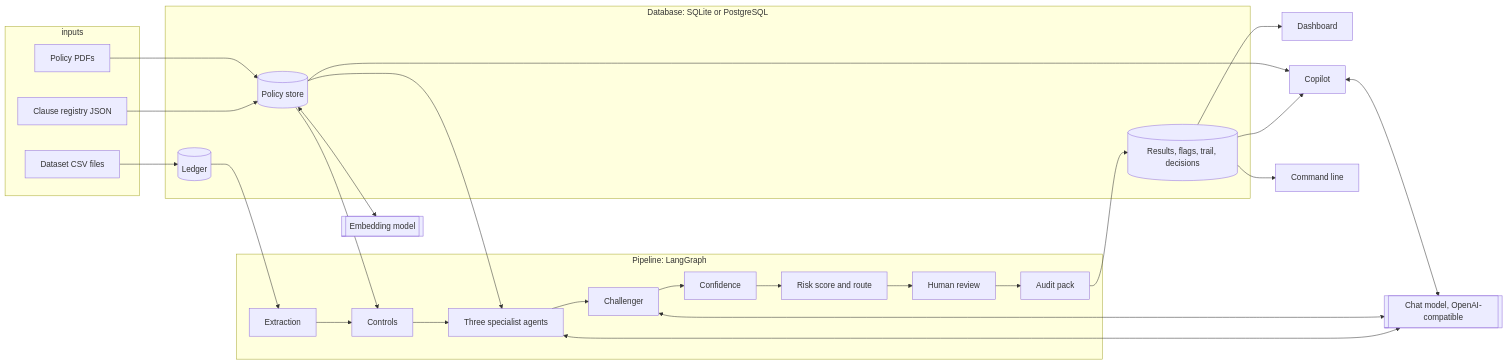
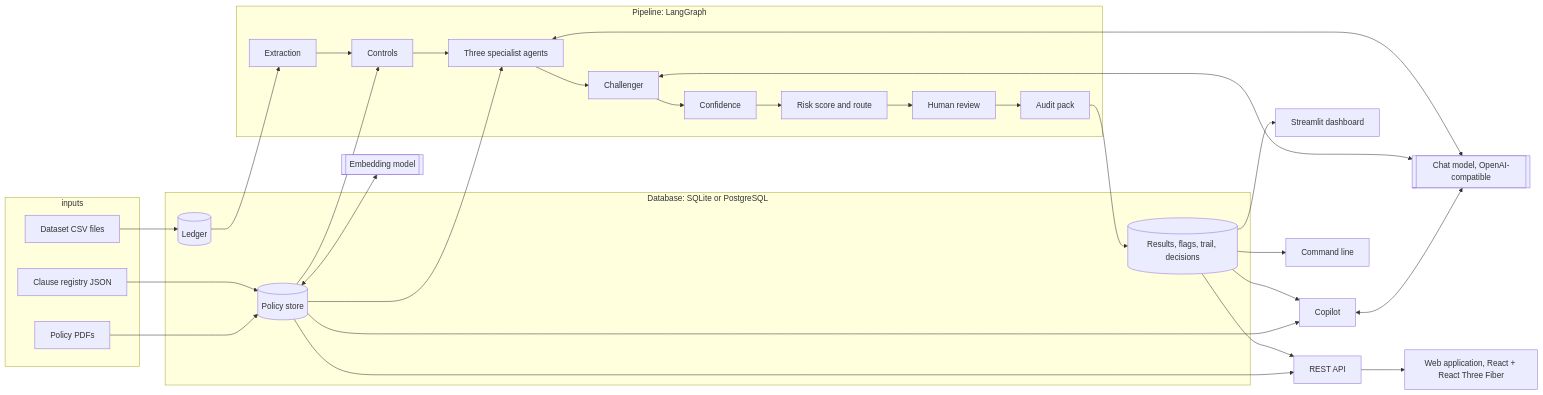
One commit to Chandana909/major.project changed the diagram in auditiq/docs/ARCHITECTURE.md. Above: the diagram before and after it, drawn with Mermaid. The commit also changed other lines of this file and 113 other files, not shown here.

````diff
--- a/auditiq/docs/ARCHITECTURE.md
+++ b/auditiq/docs/ARCHITECTURE.md
@@ -44,39 +44,42 @@
 ```mermaid
 flowchart LR
     subgraph inputs
         CSV[Dataset CSV files]
         REG[Clause registry JSON]
         PDF[Policy PDFs]
     end
     subgraph store [Database: SQLite or PostgreSQL]
         LED[(Ledger)]
         POL[(Policy store)]
         AUD[(Results, flags, trail, decisions)]
     end
     subgraph pipeline [Pipeline: LangGraph]
         EXT[Extraction] --> CTL[Controls]
         CTL --> AG[Three specialist agents]
         AG --> CH[Challenger]
         CH --> CONF[Confidence]
         CONF --> SC[Risk score and route]
         SC --> REV[Human review]
         REV --> PACK[Audit pack]
     end
     LLM[[Chat model, OpenAI-compatible]]
     EMB[[Embedding model]]
     CSV --> LED
     REG --> POL
     PDF --> POL
     LED --> EXT
     POL --> CTL
     POL --> AG
     AG <--> LLM
     CH <--> LLM
     PACK --> AUD
-    AUD --> DASH[Dashboard]
+    AUD --> API[REST API]
+    POL --> API
+    API --> WEB[Web application, React + React Three Fiber]
+    AUD --> DASH[Streamlit dashboard]
     AUD --> COP[Copilot]
     POL --> COP
     COP <--> LLM
     POL <--> EMB
     AUD --> CLI[Command line]
 ```
````
